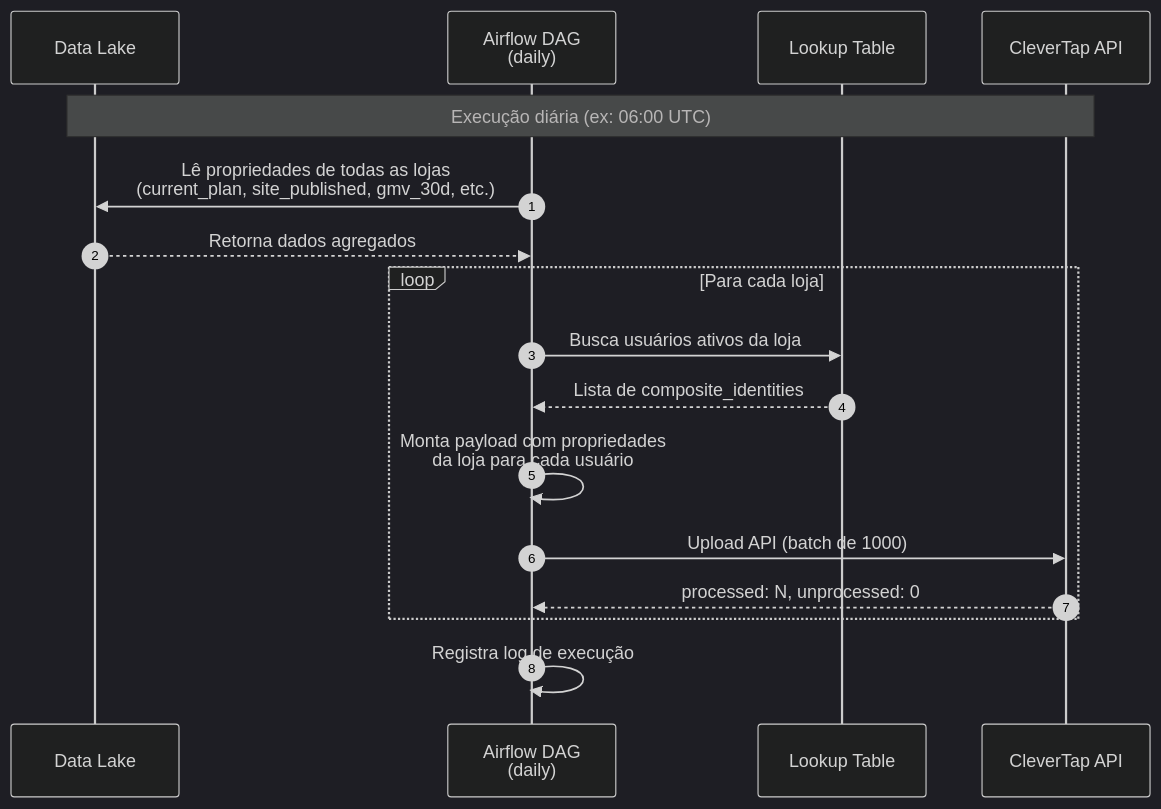
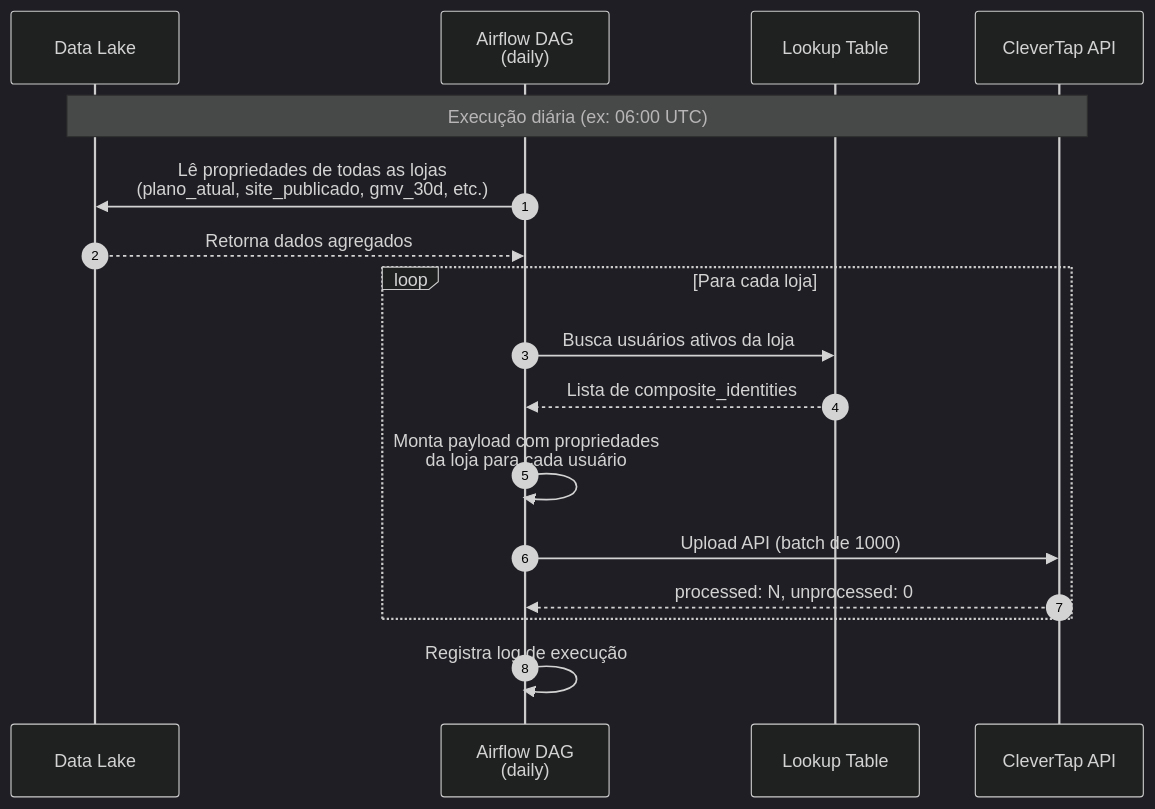
The third of 6 diagrams in Loja integrada/docs/06_user_identity_sync_flow.md (rodrigo-missagia/loja-integrada-docs), drawn with Mermaid (dark theme) before and after one commit. The commit also changed other lines of this file and 5 other files, not shown here.

````diff
--- a/Loja integrada/docs/06_user_identity_sync_flow.md
+++ b/Loja integrada/docs/06_user_identity_sync_flow.md
@@ -88,25 +88,25 @@
 ```mermaid
 sequenceDiagram
     autonumber
     participant Lake as Data Lake
     participant DAG as Airflow DAG<br/>(daily)
     participant LT as Lookup Table
     participant CT as CleverTap API
 
     Note over Lake,CT: Execução diária (ex: 06:00 UTC)
 
-    DAG->>Lake: Lê propriedades de todas as lojas<br/>(current_plan, site_published, gmv_30d, etc.)
+    DAG->>Lake: Lê propriedades de todas as lojas<br/>(plano_atual, site_publicado, gmv_30d, etc.)
     Lake-->>DAG: Retorna dados agregados
 
     loop Para cada loja
         DAG->>LT: Busca usuários ativos da loja
         LT-->>DAG: Lista de composite_identities
 
         DAG->>DAG: Monta payload com propriedades<br/>da loja para cada usuário
 
         DAG->>CT: Upload API (batch de 1000)
         CT-->>DAG: processed: N, unprocessed: 0
     end
 
     DAG->>DAG: Registra log de execução
 ```
````
